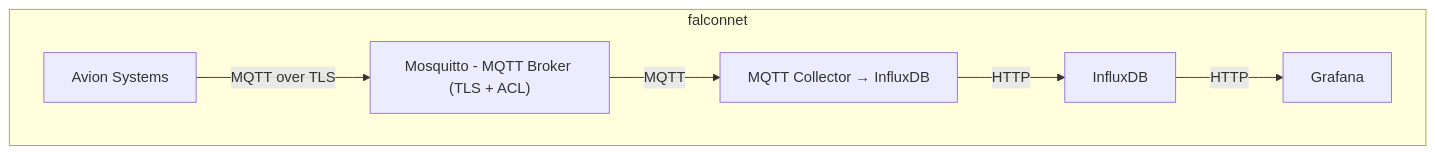
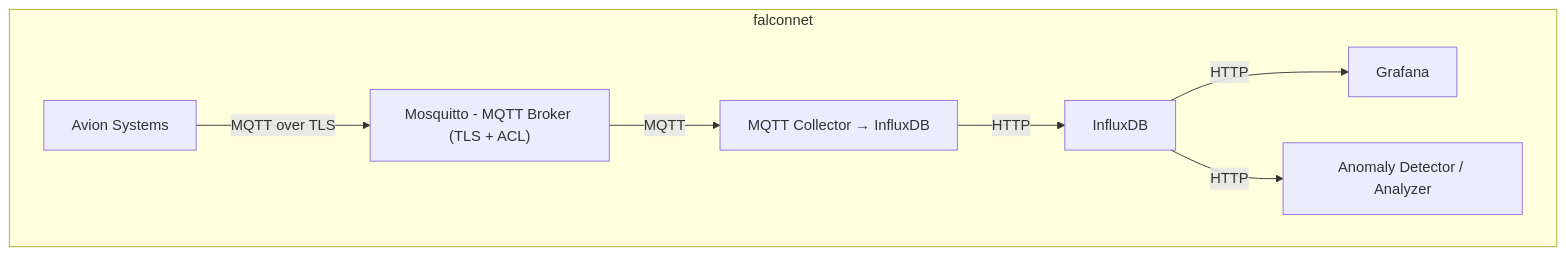
One commit to Athos-0day/FalconEye changed the diagram in README.md. Above: the diagram before and after it, drawn with Mermaid. The commit also changed other lines of this file and 1 other file, not shown here.

````diff
--- a/README.md
+++ b/README.md
@@ -10,15 +9,17 @@
 ```mermaid
 graph TD
     subgraph falconnet
         avion["Avion Systems"]
         mqtt["Mosquitto - MQTT Broker (TLS + ACL)"]
         collector["MQTT Collector → InfluxDB"]
         influxdb["InfluxDB"]
         grafana["Grafana"]
+        analyzer["Anomaly Detector / Analyzer"]
     end
 
     avion -->|MQTT over TLS| mqtt
     mqtt -->|MQTT| collector
     collector -->|HTTP| influxdb
     influxdb -->|HTTP| grafana
+    influxdb -->|HTTP| analyzer
 ```
````
